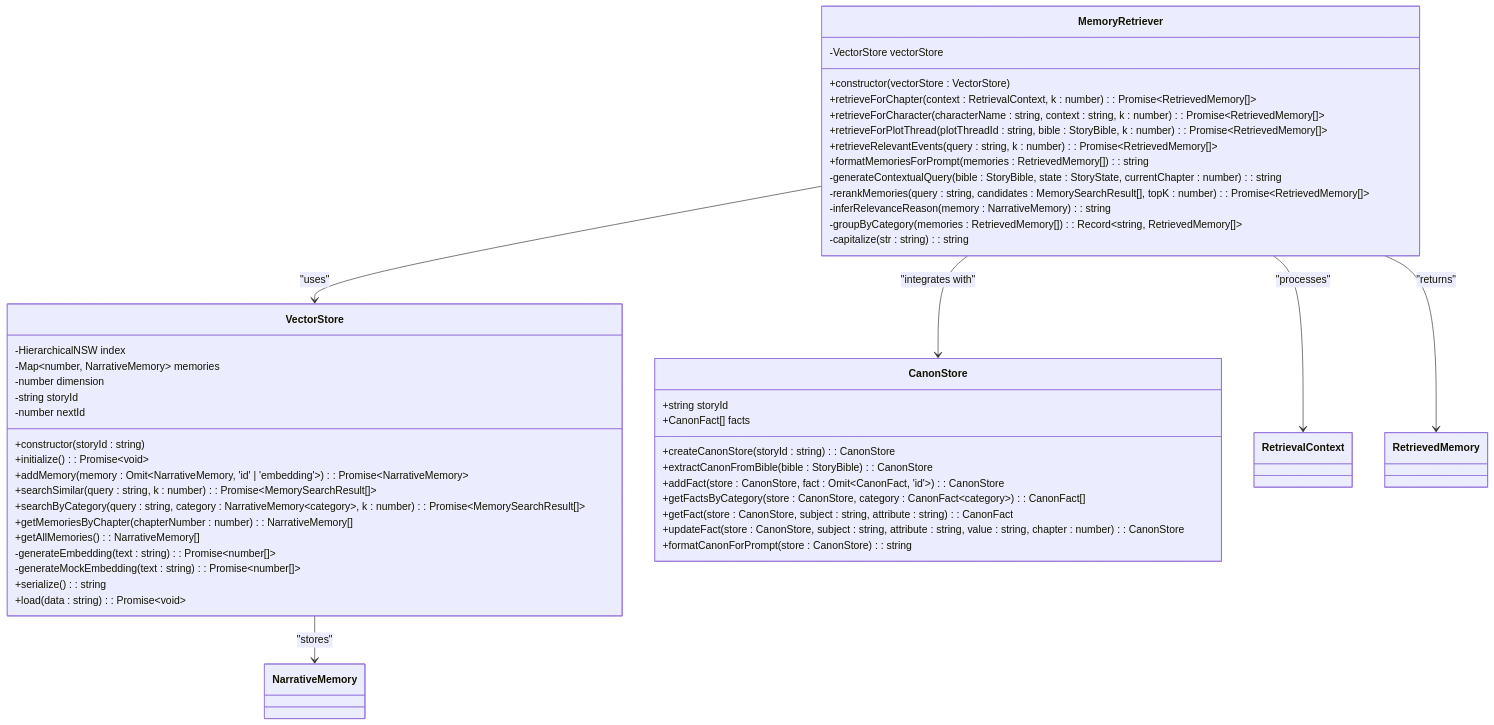
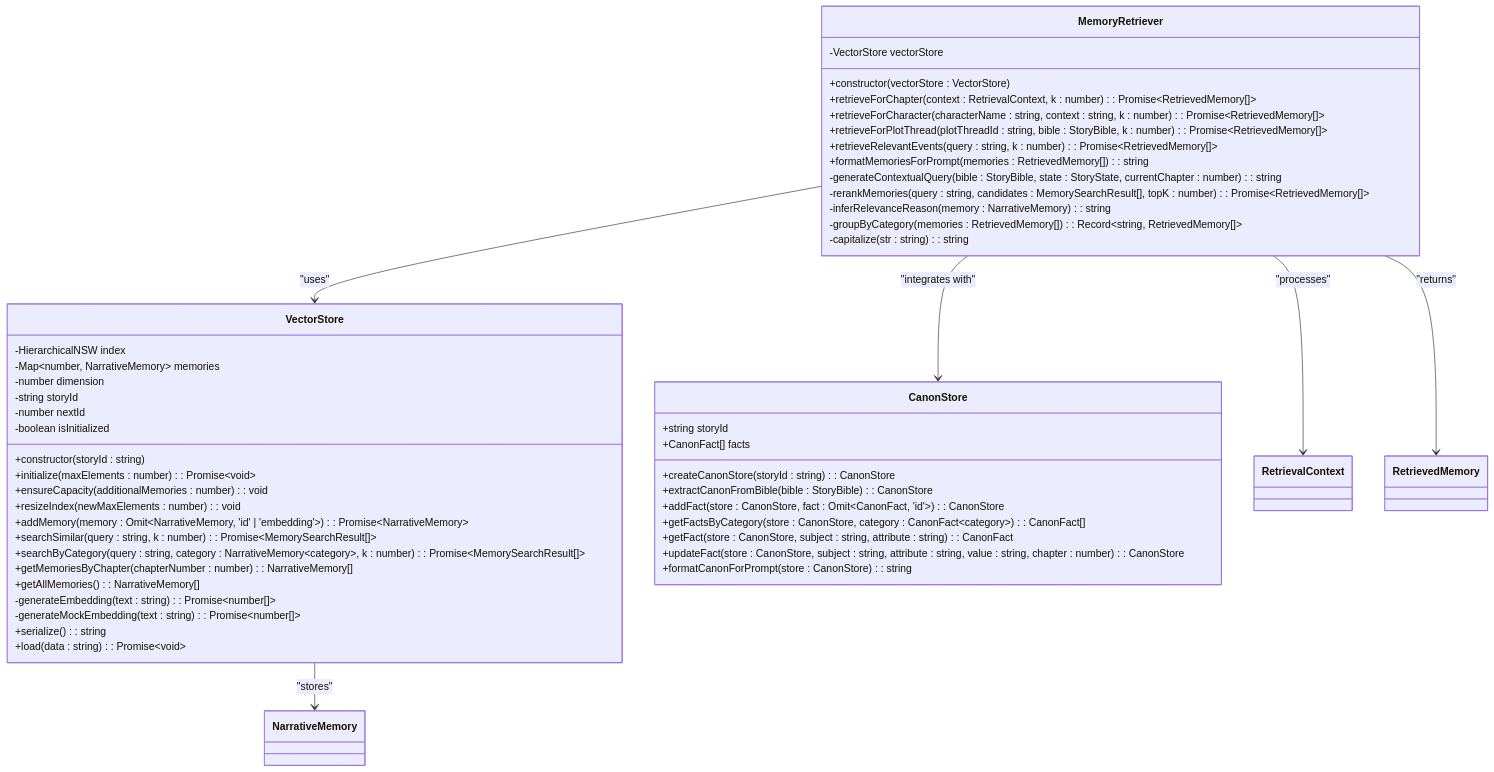
The second of 5 diagrams in .qoder/repowiki/en/content/Memory Management System/Memory Retriever Component.md (liwonder/NARRITIVE_OS), drawn with Mermaid before and after one commit. The commit also changed other lines of this file and 78 other files, not shown here.

````diff
--- a/.qoder/repowiki/en/content/Memory Management System/Memory Retriever Component.md
+++ b/.qoder/repowiki/en/content/Memory Management System/Memory Retriever Component.md
@@ -81,51 +91,54 @@
 ```mermaid
 classDiagram
 class MemoryRetriever {
 -VectorStore vectorStore
 +constructor(vectorStore : VectorStore)
 +retrieveForChapter(context : RetrievalContext, k : number) : Promise~RetrievedMemory[]~
 +retrieveForCharacter(characterName : string, context : string, k : number) : Promise~RetrievedMemory[]~
 +retrieveForPlotThread(plotThreadId : string, bible : StoryBible, k : number) : Promise~RetrievedMemory[]~
 +retrieveRelevantEvents(query : string, k : number) : Promise~RetrievedMemory[]~
 +formatMemoriesForPrompt(memories : RetrievedMemory[]) : string
 -generateContextualQuery(bible : StoryBible, state : StoryState, currentChapter : number) : string
 -rerankMemories(query : string, candidates : MemorySearchResult[], topK : number) : Promise~RetrievedMemory[]~
 -inferRelevanceReason(memory : NarrativeMemory) : string
 -groupByCategory(memories : RetrievedMemory[]) : Record~string, RetrievedMemory[]~
 -capitalize(str : string) : string
 }
 class VectorStore {
 -HierarchicalNSW index
 -Map~number, NarrativeMemory~ memories
 -number dimension
 -string storyId
 -number nextId
+-boolean isInitialized
 +constructor(storyId : string)
-+initialize() : Promise~void~
++initialize(maxElements : number) : Promise~void~
++ensureCapacity(additionalMemories : number) : void
++resizeIndex(newMaxElements : number) : void
 +addMemory(memory : Omit~NarrativeMemory, 'id' | 'embedding'~) : Promise~NarrativeMemory~
 +searchSimilar(query : string, k : number) : Promise~MemorySearchResult[]~
 +searchByCategory(query : string, category : NarrativeMemory~category~, k : number) : Promise~MemorySearchResult[]~
 +getMemoriesByChapter(chapterNumber : number) : NarrativeMemory[]
 +getAllMemories() : NarrativeMemory[]
 -generateEmbedding(text : string) : Promise~number[]~
 -generateMockEmbedding(text : string) : Promise~number[]~
 +serialize() : string
 +load(data : string) : Promise~void~
 }
 class CanonStore {
 +string storyId
 +CanonFact[] facts
 +createCanonStore(storyId : string) : CanonStore
 +extractCanonFromBible(bible : StoryBible) : CanonStore
 +addFact(store : CanonStore, fact : Omit~CanonFact, 'id'~) : CanonStore
 +getFactsByCategory(store : CanonStore, category : CanonFact~category~) : CanonFact[]
 +getFact(store : CanonStore, subject : string, attribute : string) : CanonFact
 +updateFact(store : CanonStore, subject : string, attribute : string, value : string, chapter : number) : CanonStore
 +formatCanonForPrompt(store : CanonStore) : string
 }
 MemoryRetriever --> VectorStore : "uses"
 MemoryRetriever --> CanonStore : "integrates with"
 VectorStore --> NarrativeMemory : "stores"
 MemoryRetriever --> RetrievalContext : "processes"
 MemoryRetriever --> RetrievedMemory : "returns"
 ```
````
